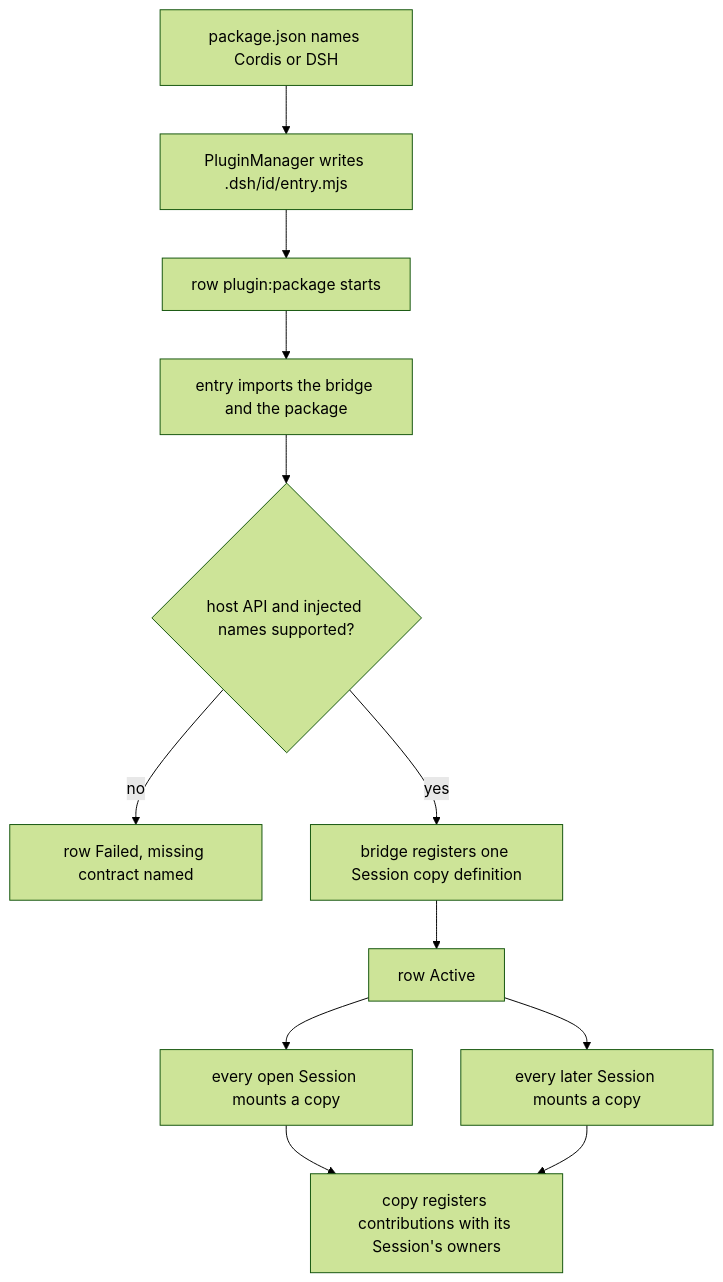
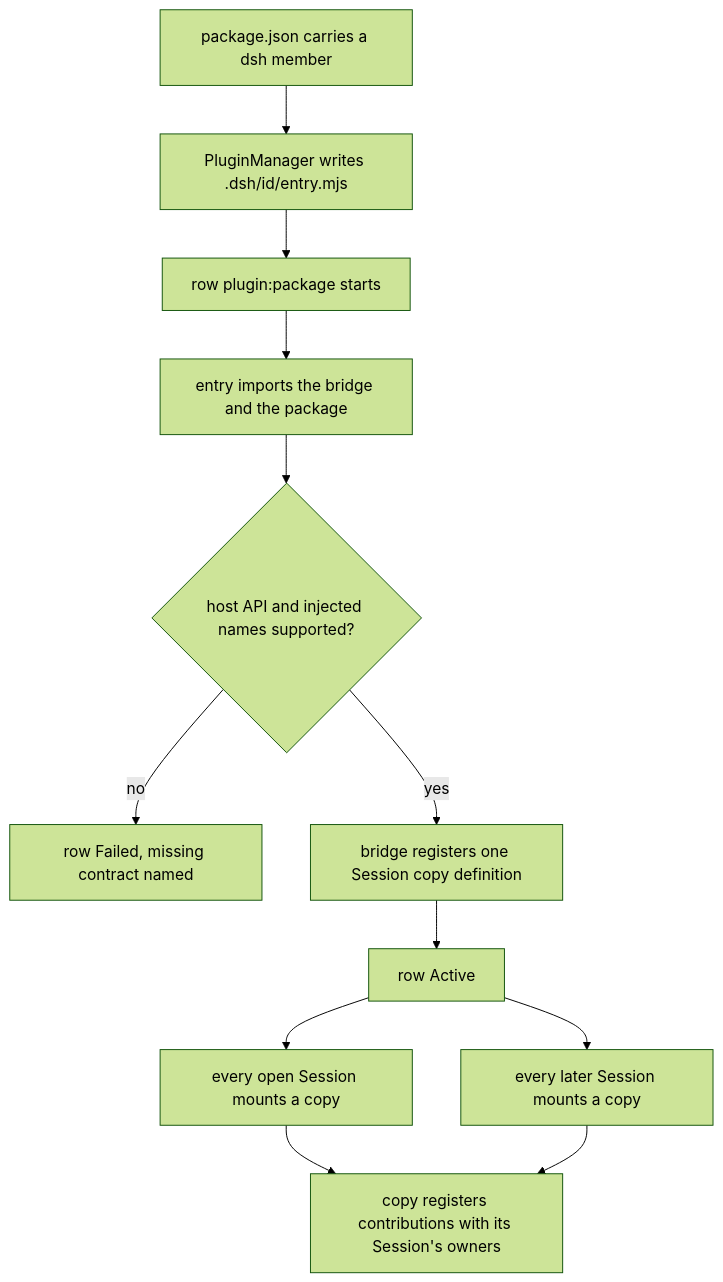
The second of 6 diagrams in docs/design/plugins/DshPackages.md (arcships/dim), drawn with Mermaid (forest theme) before and after one commit. The commit also changed other lines of this file and 1 other file, not shown here.

First line of the commit message:
docs(plugins): take the DSH host API from the harness contract

````diff
--- a/docs/design/plugins/DshPackages.md
+++ b/docs/design/plugins/DshPackages.md
@@ -140,14 +140,14 @@
 ```mermaid
 flowchart TD
-  A["package.json names Cordis or DSH"] --> B["PluginManager writes .dsh/id/entry.mjs"]
+  A["package.json carries a dsh member"] --> B["PluginManager writes .dsh/id/entry.mjs"]
   B --> C["row plugin:package starts"]
   C --> D["entry imports the bridge and the package"]
   D --> E{"host API and injected names supported?"}
   E -->|no| F["row Failed, missing contract named"]
   E -->|yes| G["bridge registers one Session copy definition"]
   G --> H["row Active"]
   H --> I["every open Session mounts a copy"]
   H --> J["every later Session mounts a copy"]
   I --> K["copy registers contributions with its Session's owners"]
   J --> K
 ```
````
